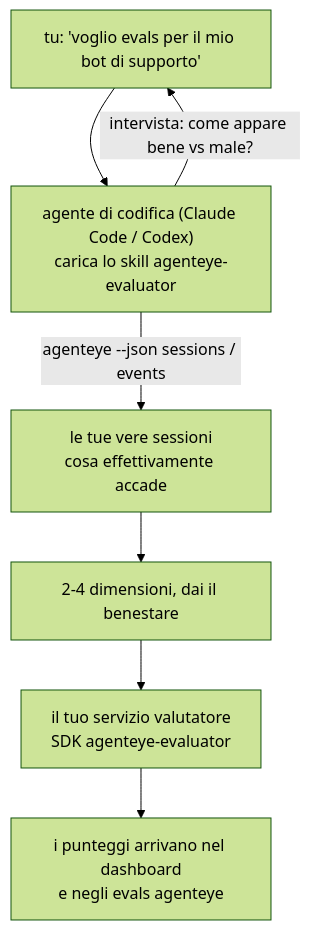
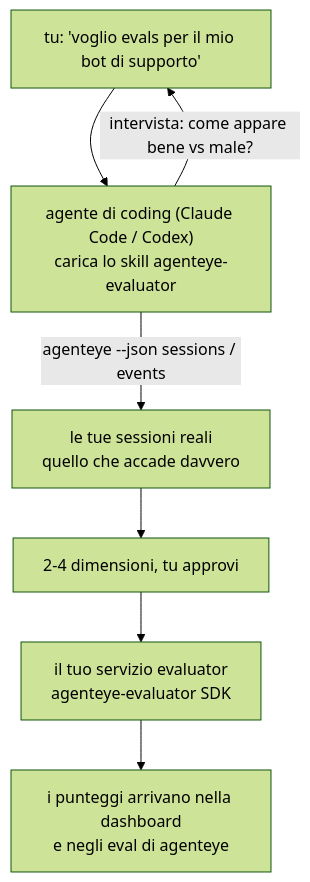
The diagram in docs/it/agenteye/evaluator-skill.mdx (FailproofAI/failproofai), drawn with Mermaid (forest theme) before and after one commit. The commit also changed other lines of this file and 651 other files, not shown here.

````diff
--- a/docs/it/agenteye/evaluator-skill.mdx
+++ b/docs/it/agenteye/evaluator-skill.mdx
@@ -21,9 +21,9 @@
 ```mermaid
 flowchart TD
-    YOU["tu: 'voglio evals per il mio bot di supporto'"] --> AGENT["agente di codifica (Claude Code / Codex)<br/>carica lo skill agenteye-evaluator"]
+    YOU["tu: 'voglio evals per il mio bot di supporto'"] --> AGENT["agente di coding (Claude Code / Codex)<br/>carica lo skill agenteye-evaluator"]
     AGENT -->|"intervista: come appare bene vs male?"| YOU
-    AGENT -->|"agenteye --json sessions / events"| DATA["le tue vere sessioni<br/>cosa effettivamente accade"]
-    DATA --> DIMS["2-4 dimensioni, dai il benestare"]
-    DIMS --> SVC["il tuo servizio valutatore<br/>SDK agenteye-evaluator"]
-    SVC --> SCORES["i punteggi arrivano nel dashboard<br/>e negli evals agenteye"]
+    AGENT -->|"agenteye --json sessions / events"| DATA["le tue sessioni reali<br/>quello che accade davvero"]
+    DATA --> DIMS["2-4 dimensioni, tu approvi"]
+    DIMS --> SVC["il tuo servizio evaluator<br/>agenteye-evaluator SDK"]
+    SVC --> SCORES["i punteggi arrivano nella dashboard<br/>e negli eval di agenteye"]
 ```
````
